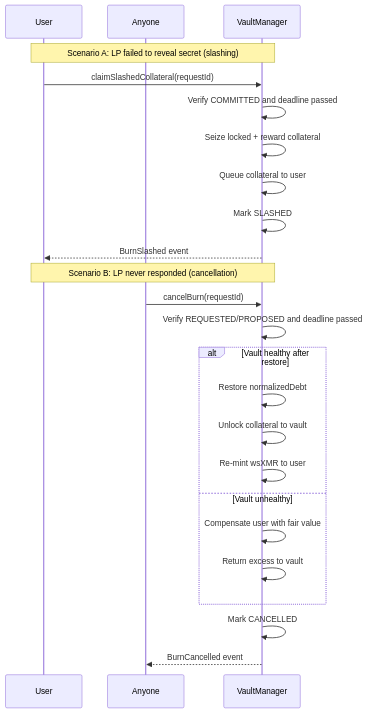
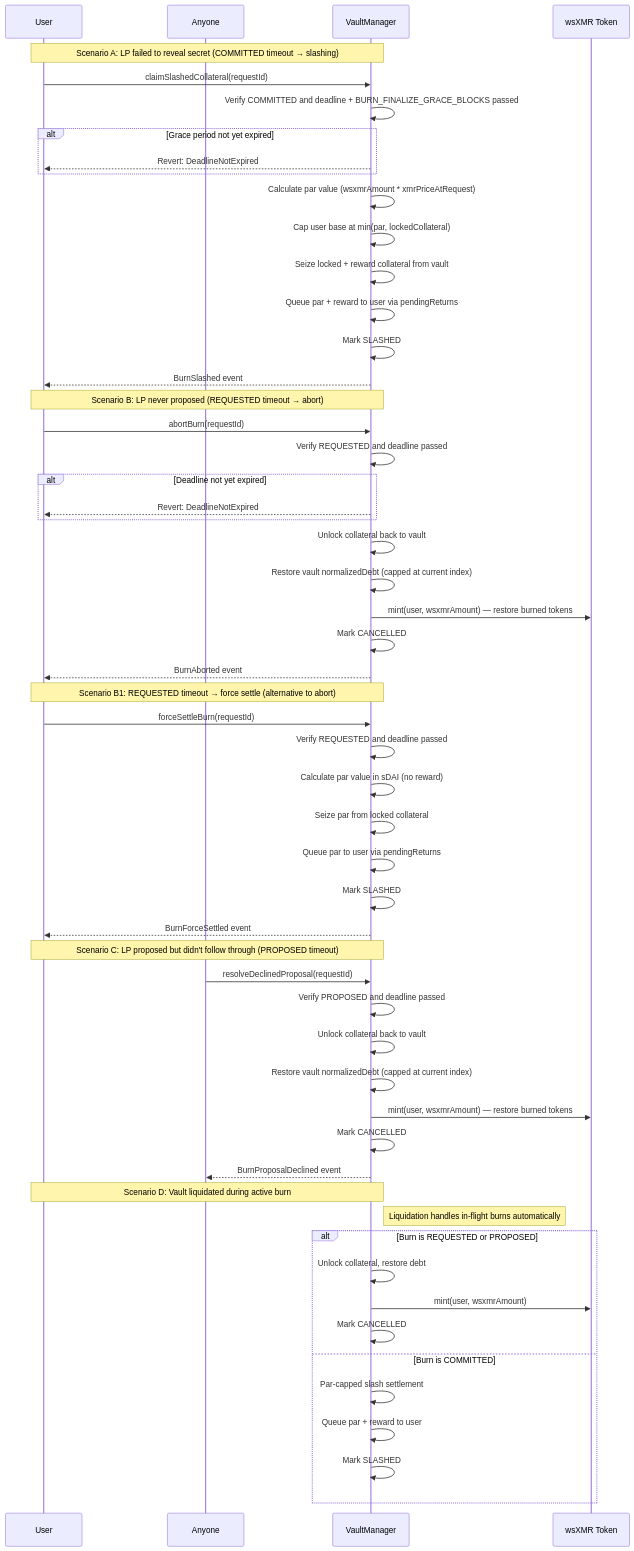
One commit to madschristensen99/wrapsynth changed diagram 12 of 19 in docs/sequenceDiagrams.md. Above: the diagram before and after it, drawn with Mermaid. The commit also changed other lines of this file and 32 other files, not shown here.

````diff
--- a/docs/sequenceDiagrams.md
+++ b/docs/sequenceDiagrams.md
@@ -492,28 +602,62 @@
 ```mermaid
 sequenceDiagram
     participant User
     participant Anyone
     participant VM as VaultManager
+    participant Token as wsXMR Token
 
-    Note over User,VM: Scenario A: LP failed to reveal secret (slashing)
+    Note over User,VM: Scenario A: LP failed to reveal secret (COMMITTED timeout → slashing)
     User->>VM: claimSlashedCollateral(requestId)
-    VM->>VM: Verify COMMITTED and deadline passed
-    VM->>VM: Seize locked + reward collateral
-    VM->>VM: Queue collateral to user
+    VM->>VM: Verify COMMITTED and deadline + BURN_FINALIZE_GRACE_BLOCKS passed
+    alt Grace period not yet expired
+        VM-->>User: Revert: DeadlineNotExpired
+    end
+    VM->>VM: Calculate par value (wsxmrAmount * xmrPriceAtRequest)
+    VM->>VM: Cap user base at min(par, lockedCollateral)
+    VM->>VM: Seize locked + reward collateral from vault
+    VM->>VM: Queue par + reward to user via pendingReturns
     VM->>VM: Mark SLASHED
     VM-->>User: BurnSlashed event
 
-    Note over User,VM: Scenario B: LP never responded (cancellation)
-    Anyone->>VM: cancelBurn(requestId)
-    VM->>VM: Verify REQUESTED/PROPOSED and deadline passed
-    alt Vault healthy after restore
-        VM->>VM: Restore normalizedDebt
-        VM->>VM: Unlock collateral to vault
-        VM->>VM: Re-mint wsXMR to user
-    else Vault unhealthy
-        VM->>VM: Compensate user with fair value
-        VM->>VM: Return excess to vault
+    Note over User,VM: Scenario B: LP never proposed (REQUESTED timeout → abort)
+    User->>VM: abortBurn(requestId)
+    VM->>VM: Verify REQUESTED and deadline passed
+    alt Deadline not yet expired
+        VM-->>User: Revert: DeadlineNotExpired
     end
+    VM->>VM: Unlock collateral back to vault
+    VM->>VM: Restore vault normalizedDebt (capped at current index)
+    VM->>Token: mint(user, wsxmrAmount) — restore burned tokens
     VM->>VM: Mark CANCELLED
-    VM-->>Anyone: BurnCancelled event
+    VM-->>User: BurnAborted event
+
+    Note over User,VM: Scenario B1: REQUESTED timeout → force settle (alternative to abort)
+    User->>VM: forceSettleBurn(requestId)
+    VM->>VM: Verify REQUESTED and deadline passed
+    VM->>VM: Calculate par value in sDAI (no reward)
+    VM->>VM: Seize par from locked collateral
+    VM->>VM: Queue par to user via pendingReturns
+    VM->>VM: Mark SLASHED
+    VM-->>User: BurnForceSettled event
+
+    Note over User,VM: Scenario C: LP proposed but didn't follow through (PROPOSED timeout)
+    Anyone->>VM: resolveDeclinedProposal(requestId)
+    VM->>VM: Verify PROPOSED and deadline passed
+    VM->>VM: Unlock collateral back to vault
+    VM->>VM: Restore vault normalizedDebt (capped at current index)
+    VM->>Token: mint(user, wsxmrAmount) — restore burned tokens
+    VM->>VM: Mark CANCELLED
+    VM-->>Anyone: BurnProposalDeclined event
+
+    Note over User,VM: Scenario D: Vault liquidated during active burn
+    Note right of VM: Liquidation handles in-flight burns automatically
+    alt Burn is REQUESTED or PROPOSED
+        VM->>VM: Unlock collateral, restore debt
+        VM->>Token: mint(user, wsxmrAmount)
+        VM->>VM: Mark CANCELLED
+    else Burn is COMMITTED
+        VM->>VM: Par-capped slash settlement
+        VM->>VM: Queue par + reward to user
+        VM->>VM: Mark SLASHED
+    end
 ```
````
